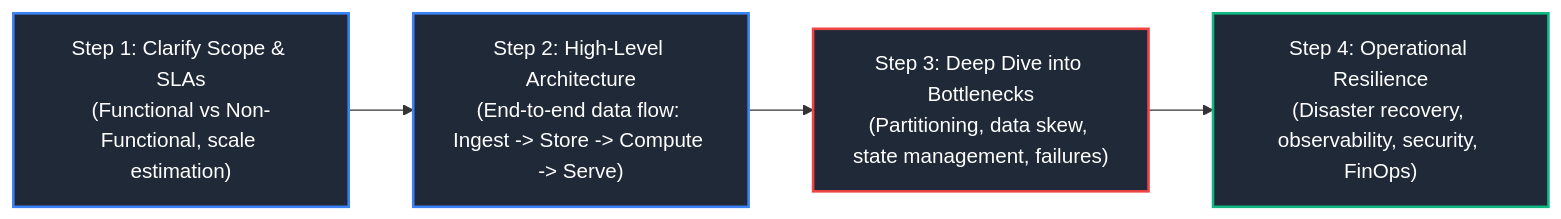
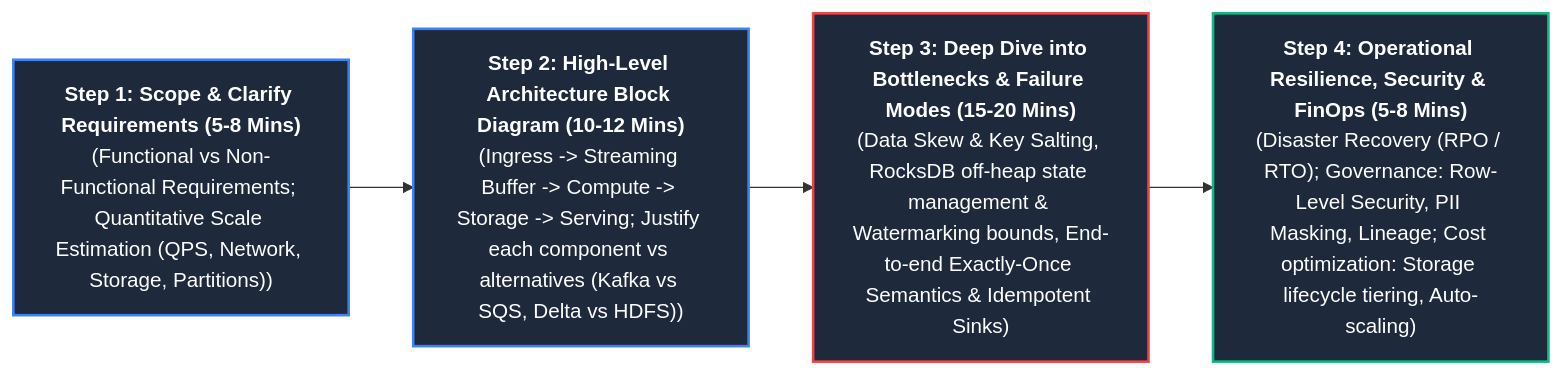
One commit to joydeep-biswas/Interview-Preparation changed diagram 12 of 12 in Data Engineering/15_system_design_for_data_engineering.md. Above: the diagram before and after it, drawn with Mermaid. The commit also changed other lines of this file and 143 other files, not shown here.

````diff
--- a/Data Engineering/15_system_design_for_data_engineering.md
+++ b/Data Engineering/15_system_design_for_data_engineering.md
@@ -743,14 +886,14 @@
 ```mermaid
 flowchart LR
-    Step1["Step 1: Clarify Scope & SLAs<br/>(Functional vs Non-Functional, scale estimation)"]
-    Step2["Step 2: High-Level Architecture<br/>(End-to-end data flow: Ingest -> Store -> Compute -> Serve)"]
-    Step3["Step 3: Deep Dive into Bottlenecks<br/>(Partitioning, data skew, state management, failures)"]
-    Step4["Step 4: Operational Resilience<br/>(Disaster recovery, observability, security, FinOps)"]
+    Step1["<b>Step 1: Scope & Clarify Requirements (5-8 Mins)</b><br/>(Functional vs Non-Functional Requirements; Quantitative Scale Estimation (QPS, Network, Storage, Partitions))"]
+    Step2["<b>Step 2: High-Level Architecture Block Diagram (10-12 Mins)</b><br/>(Ingress -> Streaming Buffer -> Compute -> Storage -> Serving; Justify each component vs alternatives (Kafka vs SQS, Delta vs HDFS))"]
+    Step3["<b>Step 3: Deep Dive into Bottlenecks & Failure Modes (15-20 Mins)</b><br/>(Data Skew & Key Salting, RocksDB off-heap state management & Watermarking bounds, End-to-end Exactly-Once Semantics & Idempotent Sinks)"]
+    Step4["<b>Step 4: Operational Resilience, Security & FinOps (5-8 Mins)</b><br/>(Disaster Recovery (RPO / RTO); Governance: Row-Level Security, PII Masking, Lineage; Cost optimization: Storage lifecycle tiering, Auto-scaling)"]
 
     Step1 --> Step2 --> Step3 --> Step4
 
-    style Step1 fill:#1f2937,stroke:#3b82f6,stroke-width:2px,color:#fff
-    style Step2 fill:#1f2937,stroke:#3b82f6,stroke-width:2px,color:#fff
-    style Step3 fill:#1f2937,stroke:#ef4444,stroke-width:2px,color:#fff
-    style Step4 fill:#1f2937,stroke:#10b981,stroke-width:2px,color:#fff
+    style Step1 fill:#1e293b,stroke:#3b82f6,stroke-width:2px,color:#fff
+    style Step2 fill:#1e293b,stroke:#3b82f6,stroke-width:2px,color:#fff
+    style Step3 fill:#1e293b,stroke:#ef4444,stroke-width:2px,color:#fff
+    style Step4 fill:#1e293b,stroke:#10b981,stroke-width:2px,color:#fff
 ```
````
